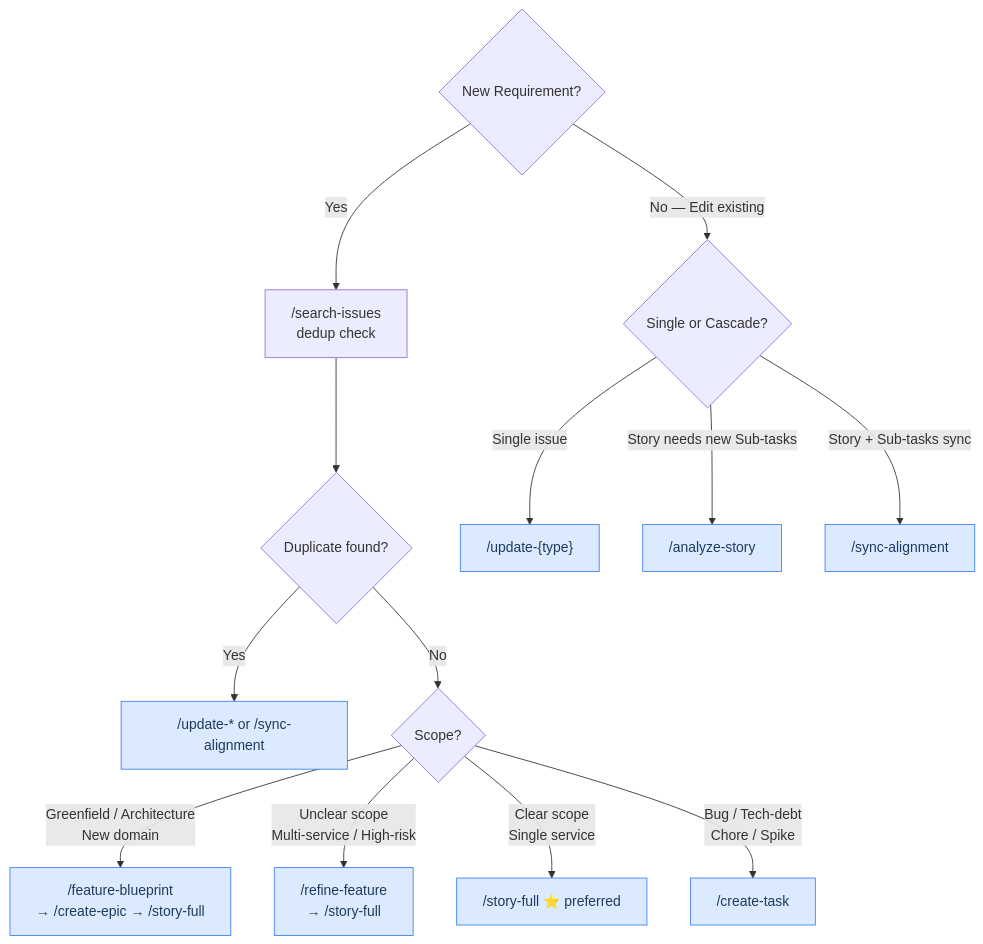
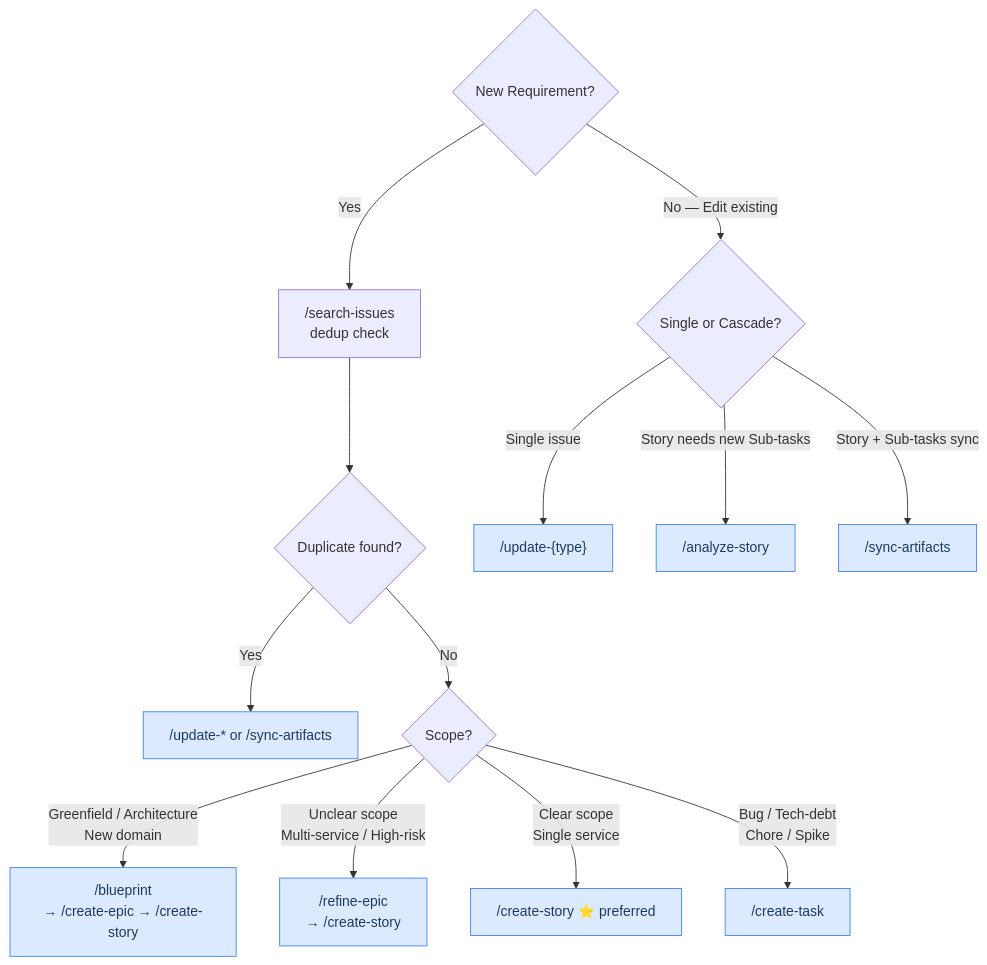
Before and after one commit to wasikarn/atlassian-pm: the first of 2 diagrams in references/skill-orchestration.md, drawn with Mermaid. The commit also changed other lines of this file and 75 other files, not shown here.

````diff
--- a/references/skill-orchestration.md
+++ b/references/skill-orchestration.md
@@ -77,21 +77,21 @@
 ```mermaid
 flowchart TD
     A{New Requirement?} -->|Yes| B["/search-issues\ndedup check"]
     A -->|"No — Edit existing"| C{Single or Cascade?}
 
     B --> D{Duplicate found?}
-    D -->|Yes| E["/update-* or /sync-alignment"]
+    D -->|Yes| E["/update-* or /sync-artifacts"]
     D -->|No| F{Scope?}
 
-    F -->|"Greenfield / Architecture\nNew domain"| G["/feature-blueprint\n→ /create-epic → /story-full"]
-    F -->|"Unclear scope\nMulti-service / High-risk"| H["/refine-feature\n→ /story-full"]
-    F -->|"Clear scope\nSingle service"| I["/story-full ⭐ preferred"]
+    F -->|"Greenfield / Architecture\nNew domain"| G["/blueprint\n→ /create-epic → /create-story"]
+    F -->|"Unclear scope\nMulti-service / High-risk"| H["/refine-epic\n→ /create-story"]
+    F -->|"Clear scope\nSingle service"| I["/create-story ⭐ preferred"]
     F -->|"Bug / Tech-debt\nChore / Spike"| J["/create-task"]
 
     C -->|Single issue| K["/update-{type}"]
     C -->|"Story needs new Sub-tasks"| L["/analyze-story"]
-    C -->|"Story + Sub-tasks sync"| M["/sync-alignment"]
+    C -->|"Story + Sub-tasks sync"| M["/sync-artifacts"]
 
     classDef skill fill:#dbeafe,stroke:#3b82f6,color:#1e3a5f
     class E,G,H,I,J,K,L,M skill
 ```
````
